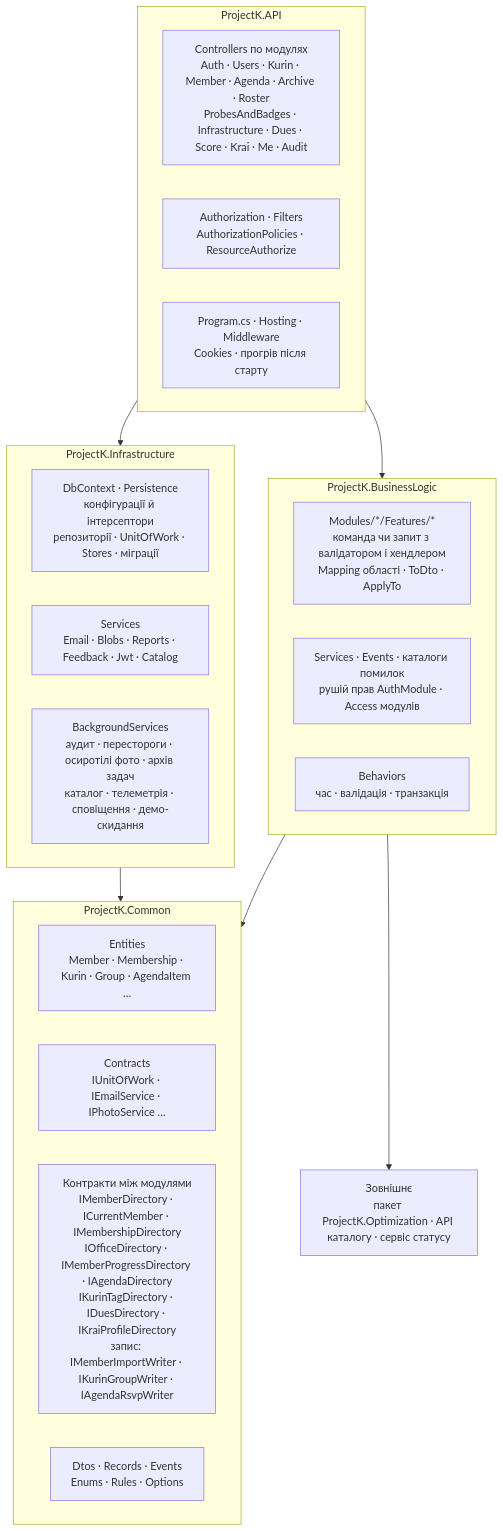
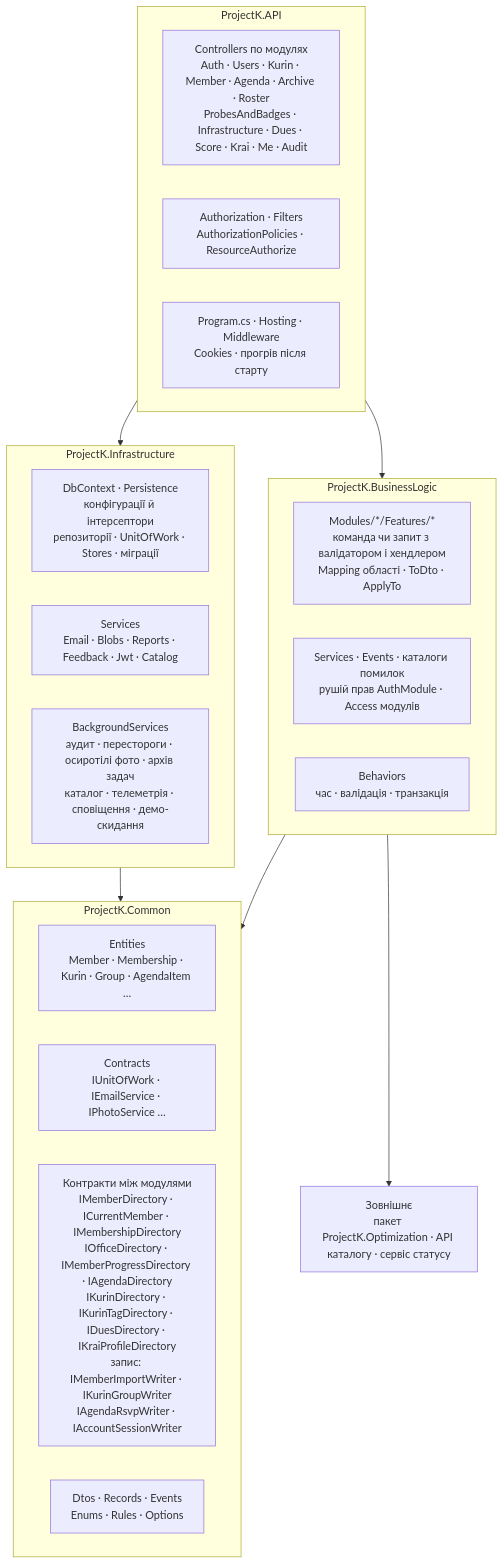
One commit to lileyka-app/Project-K changed the third of 4 diagrams in docs/dev/core/architecture-diagrams.md. Above: the diagram before and after it, drawn with Mermaid. The commit also changed other lines of this file, not shown here.

Commit message:
Add the new contracts to the architecture diagram

````diff
--- a/docs/dev/core/architecture-diagrams.md
+++ b/docs/dev/core/architecture-diagrams.md
@@ -119,39 +120,39 @@
 ```mermaid
 flowchart TB
     subgraph API["ProjectK.API"]
         direction LR
         CTRL["Controllers по модулях<br/>Auth · Users · Kurin · Member · Agenda · Archive · Roster<br/>ProbesAndBadges · Infrastructure · Dues · Score · Krai · Me · Audit"]
         POL["Authorization · Filters<br/>AuthorizationPolicies · ResourceAuthorize"]
         DI["Program.cs · Hosting · Middleware<br/>Cookies · прогрів після старту"]
     end
 
     subgraph BL["ProjectK.BusinessLogic"]
         direction LR
         MODS["Modules/*/Features/*<br/>команда чи запит з валідатором і хендлером<br/>Mapping області · ToDto · ApplyTo"]
         SVCS["Services · Events · каталоги помилок<br/>рушій прав AuthModule · Access модулів"]
         BEH["Behaviors<br/>час · валідація · транзакція"]
     end
 
     subgraph COMMON["ProjectK.Common"]
         direction LR
         ENT["Entities<br/>Member · Membership · Kurin · Group · AgendaItem …"]
         IFACE["Contracts<br/>IUnitOfWork · IEmailService · IPhotoService …"]
-        CONTRACTS["Контракти між модулями<br/>IMemberDirectory · ICurrentMember · IMembershipDirectory<br/>IOfficeDirectory · IMemberProgressDirectory · IAgendaDirectory<br/>IKurinTagDirectory · IDuesDirectory · IKraiProfileDirectory<br/>запис: IMemberImportWriter · IKurinGroupWriter · IAgendaRsvpWriter"]
+        CONTRACTS["Контракти між модулями<br/>IMemberDirectory · ICurrentMember · IMembershipDirectory<br/>IOfficeDirectory · IMemberProgressDirectory · IAgendaDirectory<br/>IKurinDirectory · IKurinTagDirectory · IDuesDirectory · IKraiProfileDirectory<br/>запис: IMemberImportWriter · IKurinGroupWriter<br/>IAgendaRsvpWriter · IAccountSessionWriter"]
         KINDS["Dtos · Records · Events<br/>Enums · Rules · Options"]
     end
 
     subgraph INFRA["ProjectK.Infrastructure"]
         direction LR
         DBC["DbContext · Persistence<br/>конфігурації й інтерсептори<br/>репозиторії · UnitOfWork · Stores · міграції"]
         SVC["Services<br/>Email · Blobs · Reports · Feedback · Jwt · Catalog"]
         BG["BackgroundServices<br/>аудит · перестороги · осиротілі фото · архів задач<br/>каталог · телеметрія · сповіщення · демо-скидання"]
     end
 
     EXT["Зовнішнє<br/>пакет ProjectK.Optimization · API каталогу · сервіс статусу"]
 
     API --> BL
     API --> INFRA
     BL --> COMMON
     INFRA --> COMMON
     BL --> EXT
 ```
````
